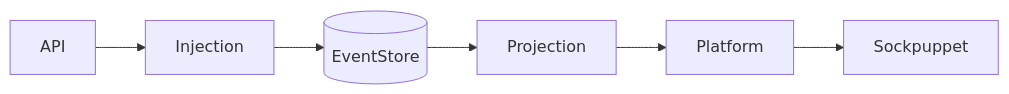
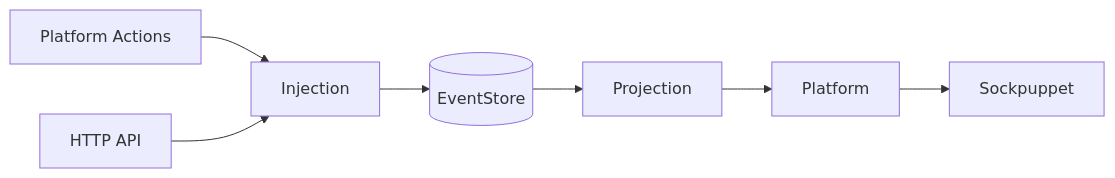
The first of 5 diagrams in ARCHITECTURE.md (ToxicPine/bernays), drawn with Mermaid before and after one commit. The commit also changed other lines of this file and 8 other files, not shown here.

First line of the commit message:
Rewrite tests for CDP-based architecture, fix ARCHITECTURE.md event flow docs

````diff
--- a/ARCHITECTURE.md
+++ b/ARCHITECTURE.md
@@ -187,8 +194,9 @@
 ```mermaid
 graph LR
-    API[API] --> INJ[Injection]
+    ACT[Platform Actions] --> INJ[Injection]
+    API[HTTP API] --> INJ
     INJ --> ES[(EventStore)]
     ES --> PR[Projection]
     PR --> PL[Platform]
     PL --> SP[Sockpuppet]
 ```
````
